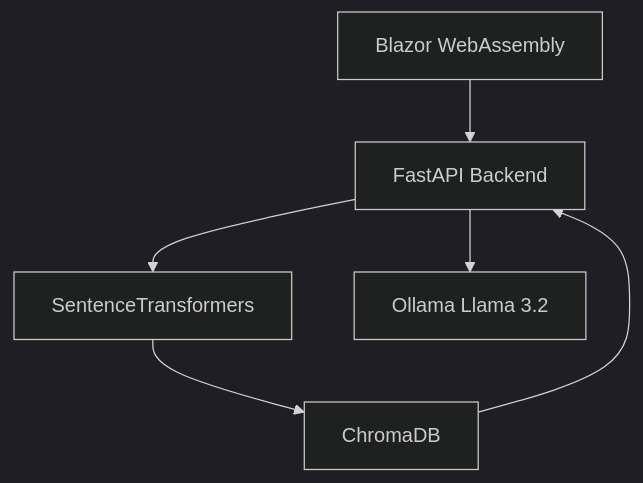
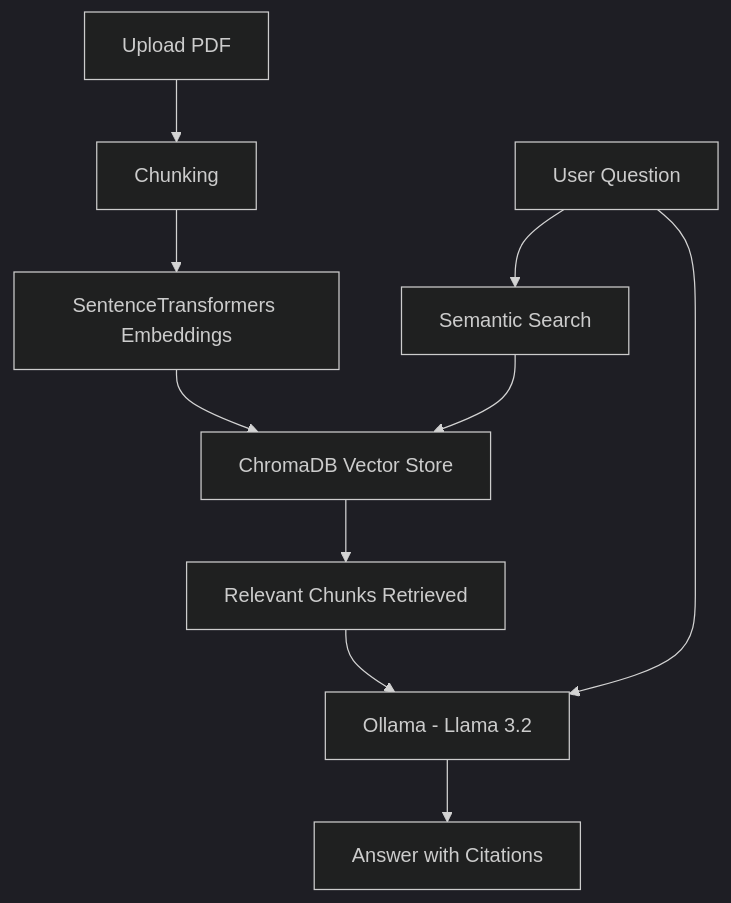
The diagram in README.md (hagemaruf/askmydocs), drawn with Mermaid (dark theme) before and after one commit.

Commit message:
Update diagram in README with new components

````diff
--- a/README.md
+++ b/README.md
@@ -22,12 +22,28 @@
 ```mermaid
 flowchart TD
 
-    A[Blazor WebAssembly] --> B[FastAPI Backend]
+    A[Upload PDF]
+    B[Chunking]
+    C[SentenceTransformers Embeddings]
+    D[ChromaDB Vector Store]
 
-    B --> C[SentenceTransformers]
-    C --> D[ChromaDB]
+    E[User Question]
+    F[Semantic Search]
+    G[Relevant Chunks Retrieved]
 
-    B --> E[Ollama Llama 3.2]
+    H[Ollama - Llama 3.2]
+    I[Answer with Citations]
 
-    D --> B
+    A --> B
+    B --> C
+    C --> D
+
+    E --> F
+    F --> D
+    D --> G
+
+    G --> H
+    E --> H
+
+    H --> I
 ```
````
